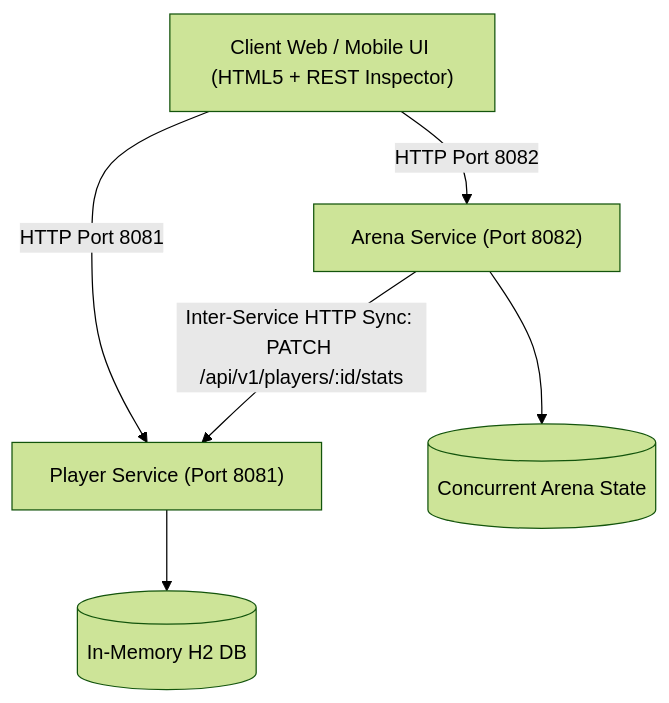
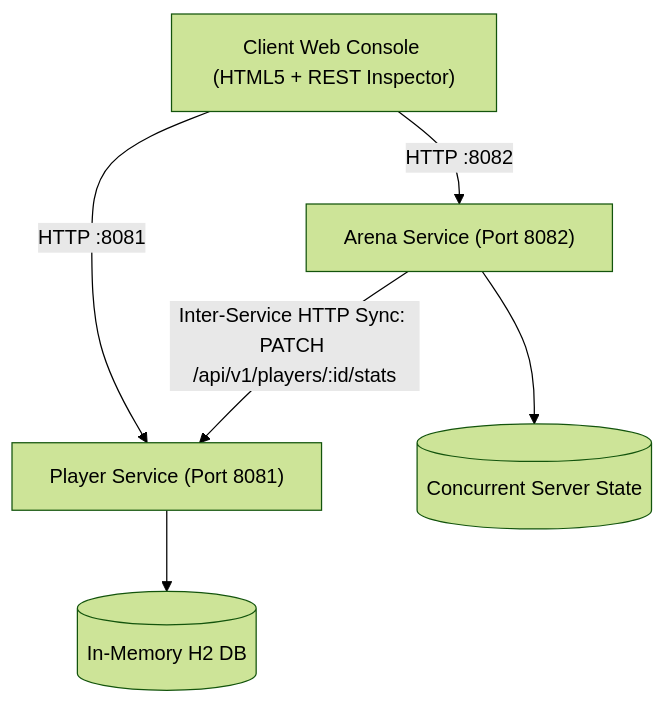
One commit to ValentinusMarvel/snake-arena-microservices changed the diagram in README.md. Above: the diagram before and after it, drawn with Mermaid (forest theme). The commit also changed other lines of this file and 3 other files, not shown here.

````diff
--- a/README.md
+++ b/README.md
@@ -16,8 +18,8 @@
 ```mermaid
 graph TD
-    Client["Client Web / Mobile UI (HTML5 + REST Inspector)"] -->|"HTTP Port 8081"| PlayerService["Player Service (Port 8081)"]
-    Client -->|"HTTP Port 8082"| ArenaService["Arena Service (Port 8082)"]
+    Client["Client Web Console (HTML5 + REST Inspector)"] -->|"HTTP :8081"| PlayerService["Player Service (Port 8081)"]
+    Client -->|"HTTP :8082"| ArenaService["Arena Service (Port 8082)"]
     ArenaService -->|"Inter-Service HTTP Sync: PATCH /api/v1/players/:id/stats"| PlayerService
     PlayerService --> H2[("In-Memory H2 DB")]
-    ArenaService --> ArenaMem[("Concurrent Arena State")]
+    ArenaService --> ArenaMem[("Concurrent Server State")]
 ```
````
